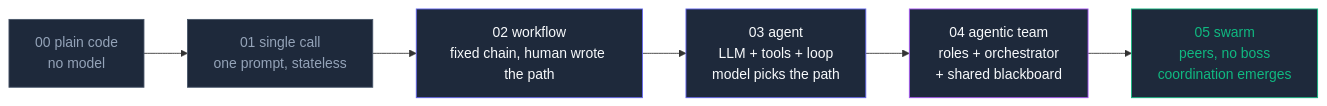
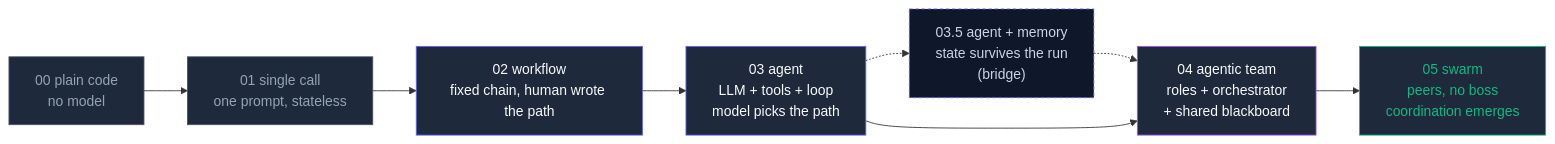
One commit to shubham0086/AI-systems-evolution changed the diagram in README.md. Above: the diagram before and after it, drawn with Mermaid. The commit also changed other lines of this file and 6 other files, not shown here.

First line of the commit message:
feat: add rung 03.5 (agent with memory) as a bridge between agent and team

````diff
--- a/README.md
+++ b/README.md
@@ -35,15 +35,18 @@
 ```mermaid
 graph LR
     R00["00 plain code\nno model"] --> R01["01 single call\none prompt, stateless"]
     R01 --> R02["02 workflow\nfixed chain, human wrote the path"]
     R02 --> R03["03 agent\nLLM + tools + loop\nmodel picks the path"]
+    R03 -.-> R035["03.5 agent + memory\nstate survives the run\n(bridge)"]
+    R035 -.-> R04
     R03 --> R04["04 agentic team\nroles + orchestrator\n+ shared blackboard"]
     R04 --> R05["05 swarm\npeers, no boss\ncoordination emerges"]
 
     style R00 fill:#1e293b,stroke:#475569,color:#94a3b8
     style R01 fill:#1e293b,stroke:#475569,color:#94a3b8
     style R02 fill:#1e293b,stroke:#6366f1,color:#f8fafc
     style R03 fill:#1e293b,stroke:#6366f1,color:#f8fafc,strokeWidth:3px
+    style R035 fill:#0f172a,stroke:#6366f1,color:#cbd5e1,stroke-dasharray:4 3
     style R04 fill:#1e293b,stroke:#a855f7,color:#f8fafc
     style R05 fill:#1e293b,stroke:#10b981,color:#10b981
 ```
````
